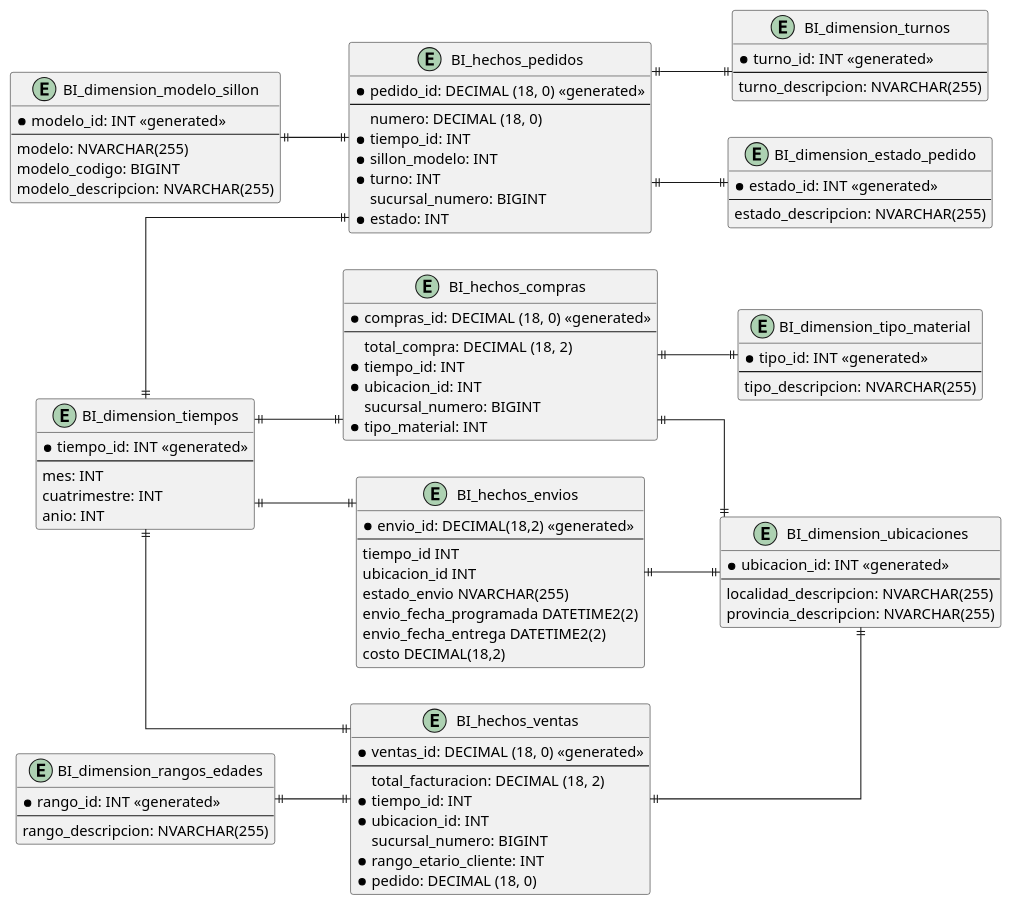
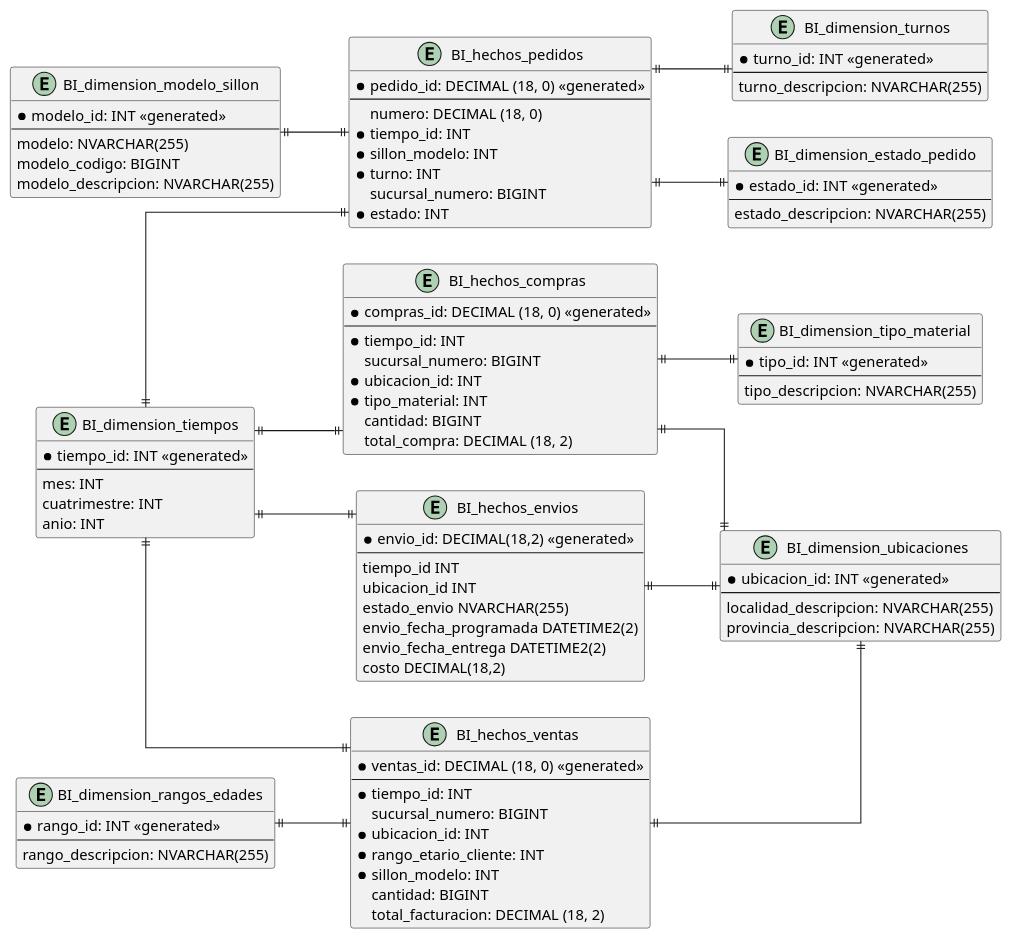
One commit to jreggiardoUTN/UTN-sillones changed the diagram in DER_BI.puml. Above: the diagram before and after it, drawn with PlantUML. The commit also changed 7 other files, not shown here.

```diff
--- a/DER_BI.puml
+++ b/DER_BI.puml
@@ -1,111 +1,113 @@
 @startuml
 
 ' avoid problems with angled crows feet
 skinparam linetype polyline
 skinparam linetype ortho
 left to right direction
 
 entity "BI_dimension_tiempos" {
     *tiempo_id: INT <<generated>>
     --
     mes: INT
     cuatrimestre: INT
     anio: INT
 }
 
 entity "BI_dimension_ubicaciones" {
     *ubicacion_id: INT <<generated>>
     --
     localidad_descripcion: NVARCHAR(255)
     provincia_descripcion: NVARCHAR(255)
 }
 
 entity "BI_dimension_rangos_edades" {
     *rango_id: INT <<generated>>
     --
     rango_descripcion: NVARCHAR(255)
 }
 
 entity "BI_dimension_turnos" {
     *turno_id: INT <<generated>>
     --
     turno_descripcion: NVARCHAR(255)
 }
 
 entity "BI_dimension_tipo_material" {
     *tipo_id: INT <<generated>>
     --
     tipo_descripcion: NVARCHAR(255)
 }
 
 entity "BI_dimension_modelo_sillon" {
     *modelo_id: INT <<generated>>
     --
     modelo: NVARCHAR(255)
     modelo_codigo: BIGINT
     modelo_descripcion: NVARCHAR(255)
 }
 
 entity "BI_dimension_estado_pedido" {
     *estado_id: INT <<generated>>
     --
     estado_descripcion: NVARCHAR(255)
 }
 
 entity "BI_hechos_pedidos" {
     *pedido_id: DECIMAL (18, 0) <<generated>>
     --
     numero: DECIMAL (18, 0)
     *tiempo_id: INT
     *sillon_modelo: INT
     *turno: INT
     sucursal_numero: BIGINT
     *estado: INT
 }
 
 entity "BI_hechos_ventas" {
     *ventas_id: DECIMAL (18, 0) <<generated>>
     --
+    *tiempo_id: INT
+    sucursal_numero: BIGINT
+    *ubicacion_id: INT
+    *rango_etario_cliente: INT
+    *sillon_modelo: INT
+    cantidad: BIGINT
     total_facturacion: DECIMAL (18, 2)
-    *tiempo_id: INT
-    *ubicacion_id: INT
-    sucursal_numero: BIGINT
-    *rango_etario_cliente: INT
-    *pedido: DECIMAL (18, 0)
 }
 
 entity "BI_hechos_compras" {
     *compras_id: DECIMAL (18, 0) <<generated>>
     --
+    *tiempo_id: INT
+    sucursal_numero: BIGINT
+    *ubicacion_id: INT
+    *tipo_material: INT
+    cantidad: BIGINT
     total_compra: DECIMAL (18, 2)
-    *tiempo_id: INT
-    *ubicacion_id: INT
-    sucursal_numero: BIGINT
-    *tipo_material: INT
 }
 
 entity "BI_hechos_envios" {
     *envio_id: DECIMAL(18,2) <<generated>>
     --
     tiempo_id INT
     ubicacion_id INT
     estado_envio NVARCHAR(255)
     envio_fecha_programada DATETIME2(2)
     envio_fecha_entrega DATETIME2(2)
     costo DECIMAL(18,2)
 }
 
 BI_hechos_pedidos ||-u-|| BI_dimension_tiempos
 BI_hechos_pedidos ||--|| BI_dimension_turnos
 BI_hechos_pedidos ||-u-|| BI_dimension_modelo_sillon
 BI_hechos_pedidos ||--|| BI_dimension_estado_pedido
 BI_hechos_ventas ||-u-|| BI_dimension_tiempos
 BI_hechos_ventas ||--|| BI_dimension_ubicaciones
 BI_hechos_ventas ||-u-|| BI_dimension_rangos_edades
 BI_hechos_compras ||-u-|| BI_dimension_tiempos
 BI_hechos_compras ||--|| BI_dimension_ubicaciones
 BI_hechos_compras ||--|| BI_dimension_tipo_material
 BI_hechos_envios ||-u-|| BI_dimension_tiempos
 BI_hechos_envios ||--|| BI_dimension_ubicaciones
 
 @enduml
```
